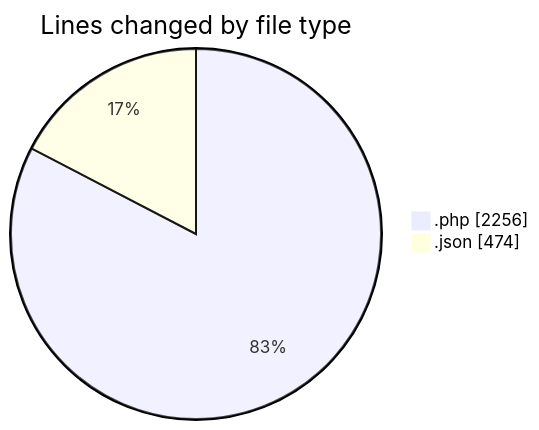
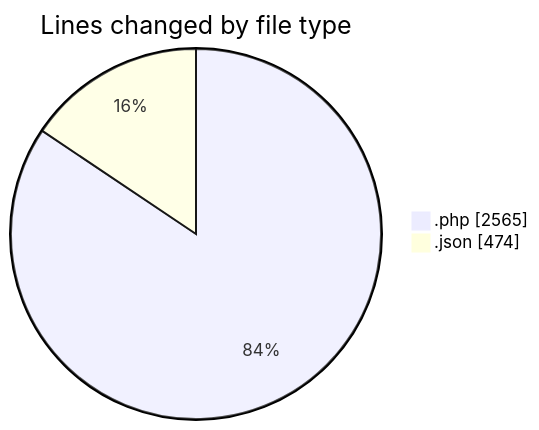
One commit to idhammustaqopulfikri/code-tracking changed the first of 2 diagrams in 2025-06-16/studio-backend/README.md. Above: the diagram before and after it, drawn with Mermaid. The commit also changed other lines of this file and 1 other file, not shown here.

````diff
--- a/2025-06-16/studio-backend/README.md
+++ b/2025-06-16/studio-backend/README.md
@@ -35,6 +36,6 @@
 ```mermaid
 pie showData
 title Lines changed by file type
-".php" : 2256
+".php" : 2565
 ".json" : 474
 ```
````
